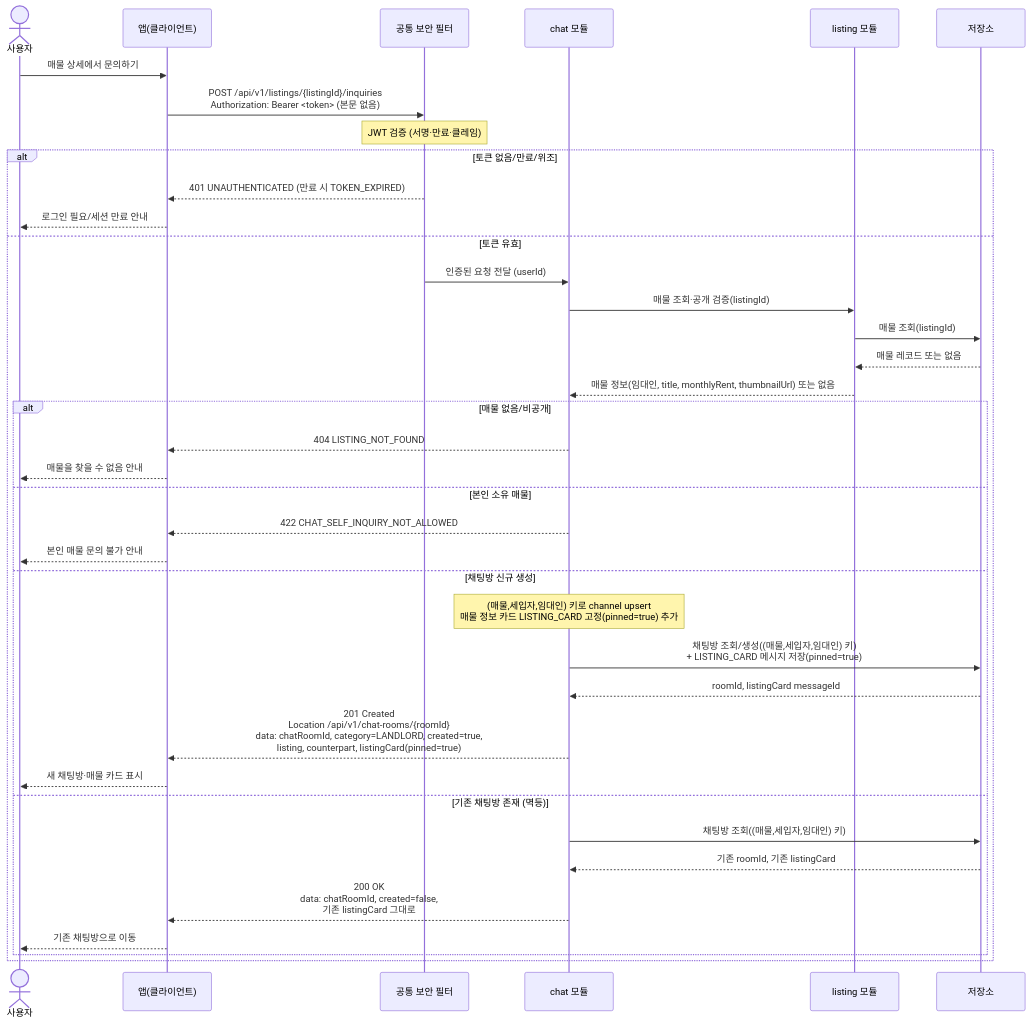
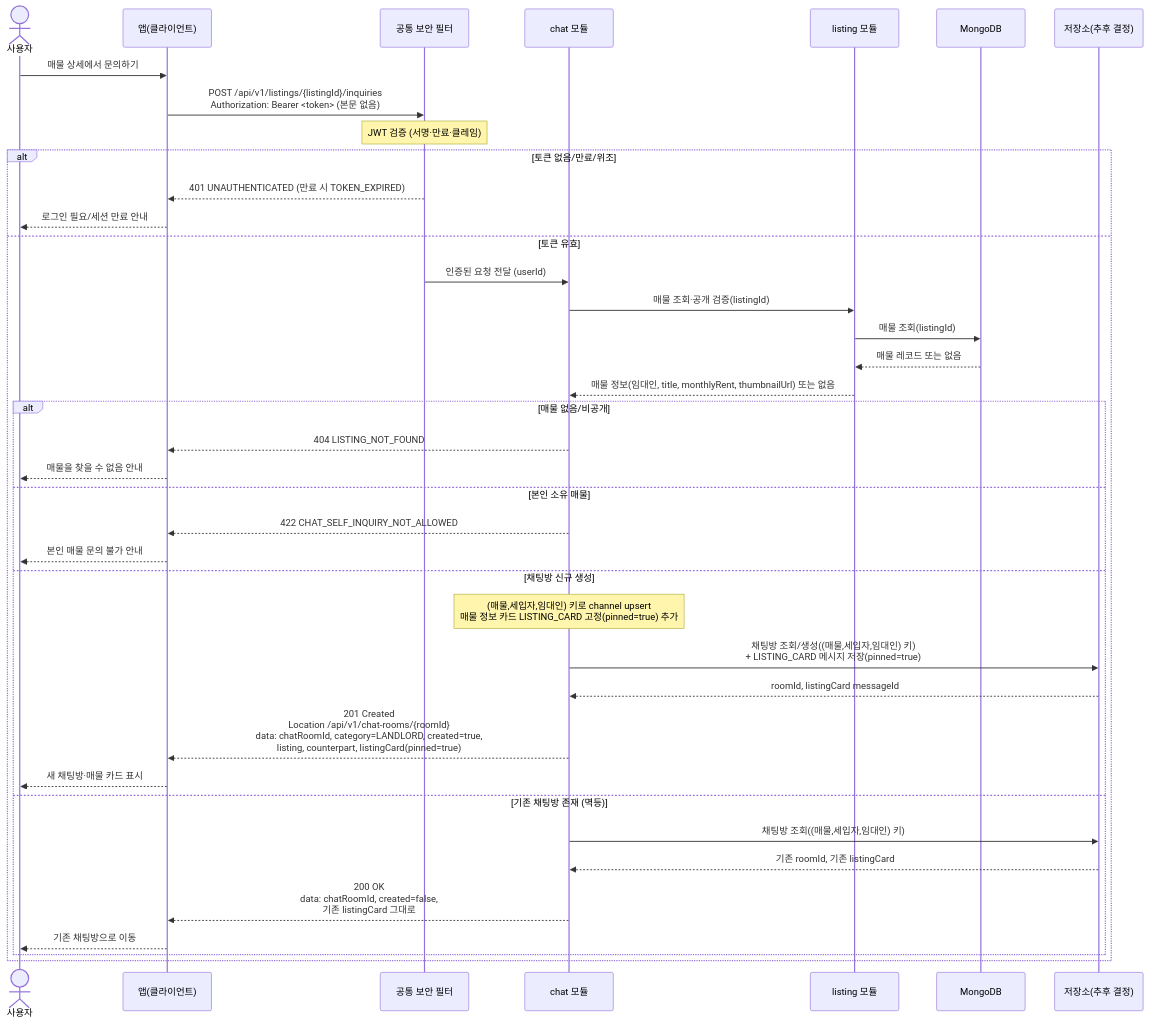
Before and after one commit to jameskim9509/Kohere-backend: the diagram in docs/architecture/sequence-diagrams/04-booking-inquiry-chat/us-4-2-inquiry-chatroom.md, drawn with Mermaid. The commit also changed other lines of this file and 28 other files, not shown here.

First line of the commit message:
docs(architecture): 시퀀스 다이어그램에 폴리글랏 저장소 반영 (#24)

````diff
--- a/docs/architecture/sequence-diagrams/04-booking-inquiry-chat/us-4-2-inquiry-chatroom.md
+++ b/docs/architecture/sequence-diagrams/04-booking-inquiry-chat/us-4-2-inquiry-chatroom.md
@@ -5,43 +5,44 @@
 ```mermaid
 sequenceDiagram
     actor U as 사용자
     participant C as 앱(클라이언트)
     participant SEC as 공통 보안 필터
     participant CHAT as chat 모듈
     participant LIST as listing 모듈
-    participant DB as 저장소
+    participant MDB as MongoDB
+    participant XDB as 저장소(추후 결정)
 
     U->>C: 매물 상세에서 문의하기
     C->>SEC: POST /api/v1/listings/{listingId}/inquiries<br/>Authorization: Bearer <token> (본문 없음)
     Note over SEC: JWT 검증 (서명·만료·클레임)
 
     alt 토큰 없음/만료/위조
         SEC-->>C: 401 UNAUTHENTICATED (만료 시 TOKEN_EXPIRED)
         C-->>U: 로그인 필요/세션 만료 안내
     else 토큰 유효
         SEC->>CHAT: 인증된 요청 전달 (userId)
         CHAT->>LIST: 매물 조회·공개 검증(listingId)
-        LIST->>DB: 매물 조회(listingId)
-        DB-->>LIST: 매물 레코드 또는 없음
+        LIST->>MDB: 매물 조회(listingId)
+        MDB-->>LIST: 매물 레코드 또는 없음
         LIST-->>CHAT: 매물 정보(임대인, title, monthlyRent, thumbnailUrl) 또는 없음
 
         alt 매물 없음/비공개
             CHAT-->>C: 404 LISTING_NOT_FOUND
             C-->>U: 매물을 찾을 수 없음 안내
         else 본인 소유 매물
             CHAT-->>C: 422 CHAT_SELF_INQUIRY_NOT_ALLOWED
             C-->>U: 본인 매물 문의 불가 안내
         else 채팅방 신규 생성
             Note over CHAT: (매물,세입자,임대인) 키로 channel upsert<br/>매물 정보 카드 LISTING_CARD 고정(pinned=true) 추가
-            CHAT->>DB: 채팅방 조회/생성((매물,세입자,임대인) 키)<br/>+ LISTING_CARD 메시지 저장(pinned=true)
-            DB-->>CHAT: roomId, listingCard messageId
+            CHAT->>XDB: 채팅방 조회/생성((매물,세입자,임대인) 키)<br/>+ LISTING_CARD 메시지 저장(pinned=true)
+            XDB-->>CHAT: roomId, listingCard messageId
             CHAT-->>C: 201 Created<br/>Location /api/v1/chat-rooms/{roomId}<br/>data: chatRoomId, category=LANDLORD, created=true,<br/>listing, counterpart, listingCard(pinned=true)
             C-->>U: 새 채팅방·매물 카드 표시
         else 기존 채팅방 존재 (멱등)
-            CHAT->>DB: 채팅방 조회((매물,세입자,임대인) 키)
-            DB-->>CHAT: 기존 roomId, 기존 listingCard
+            CHAT->>XDB: 채팅방 조회((매물,세입자,임대인) 키)
+            XDB-->>CHAT: 기존 roomId, 기존 listingCard
             CHAT-->>C: 200 OK<br/>data: chatRoomId, created=false,<br/>기존 listingCard 그대로
             C-->>U: 기존 채팅방으로 이동
         end
     end
 ```
````
